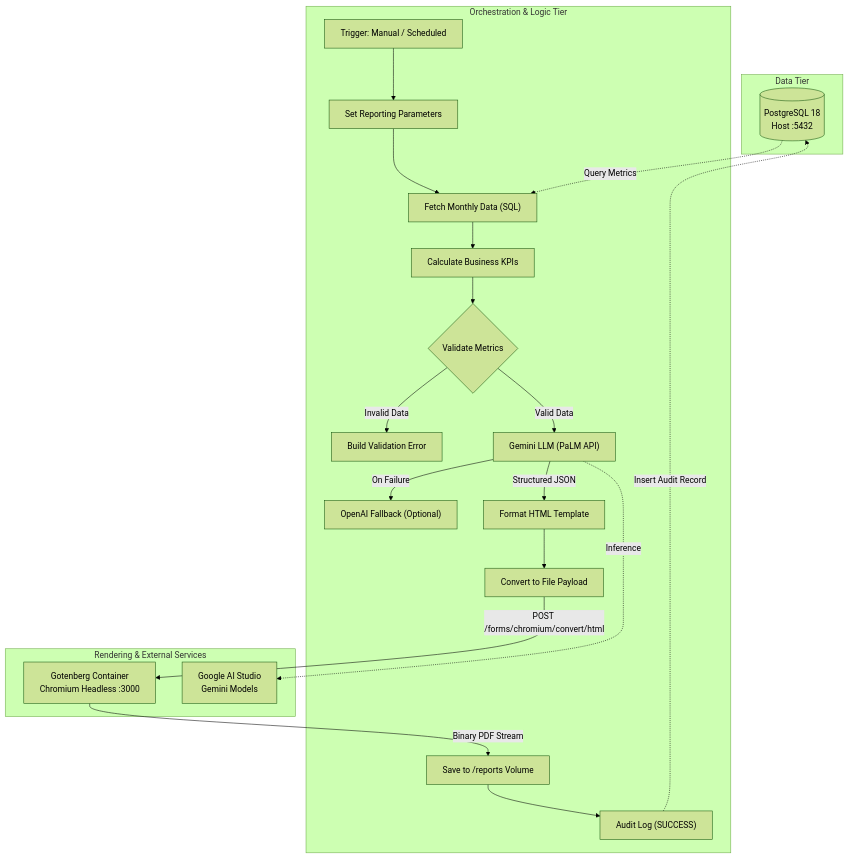
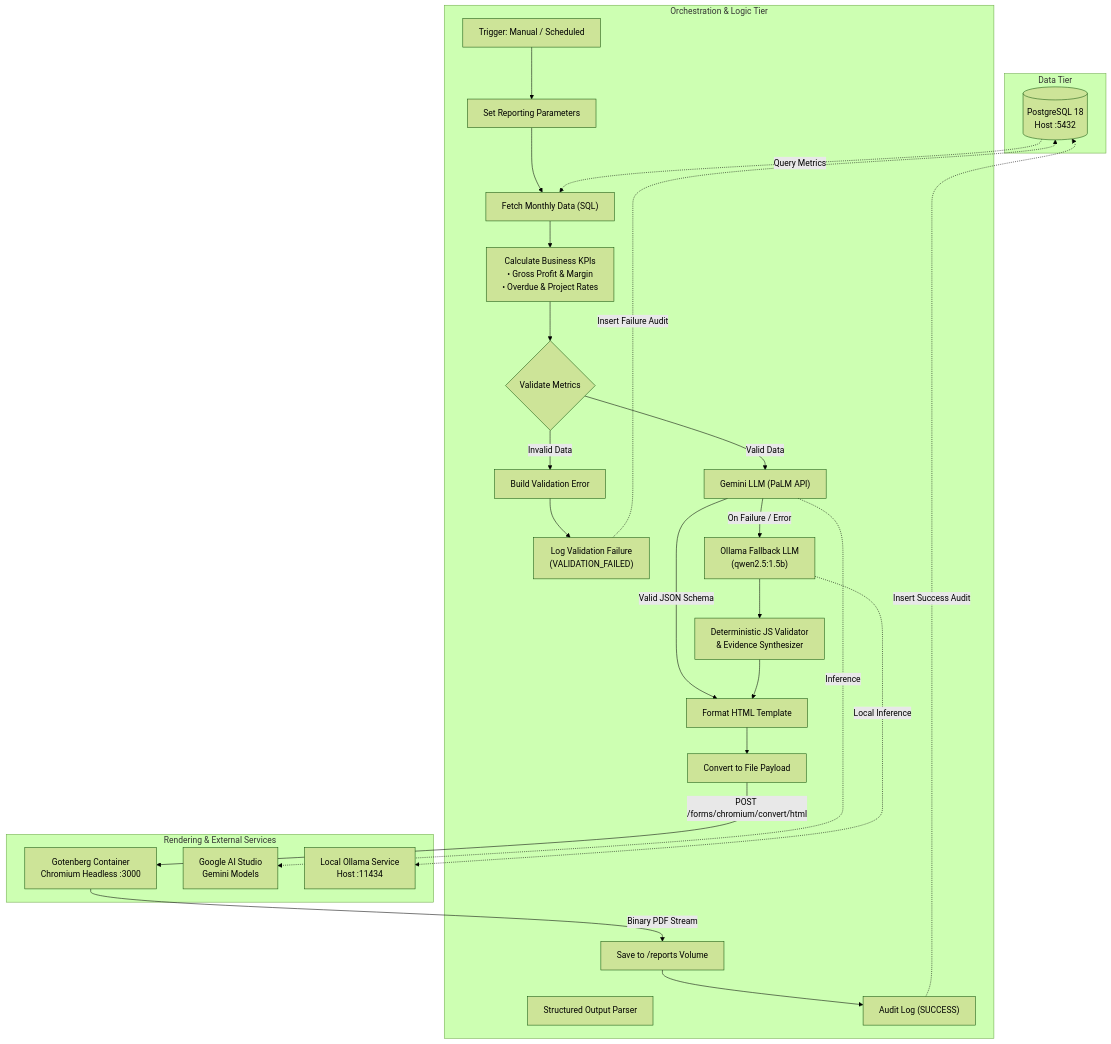
The diagram in docs/architecture.md (rabiimallek/omniflow-ai), drawn with Mermaid (forest theme) before and after one commit. The commit also changed other lines of this file and 6 other files, not shown here.

Commit message:
feat: integrate Ollama local fallback, deterministic validation, and validation failure auditing

````diff
--- a/docs/architecture.md
+++ b/docs/architecture.md
@@ -9,46 +9,59 @@
 ```mermaid
 flowchart TD
     subgraph Data Tier
         DB[("PostgreSQL 18<br/>Host :5432")]
     end
 
     subgraph Orchestration & Logic Tier
         ManualTrigger["Trigger: Manual / Scheduled"]
         SetParams["Set Reporting Parameters"]
         FetchSQL["Fetch Monthly Data (SQL)"]
-        KPIs["Calculate Business KPIs"]
+        KPIs["Calculate Business KPIs<br/>• Gross Profit & Margin<br/>• Overdue & Project Rates"]
         Validate{"Validate Metrics"}
         BuildError["Build Validation Error"]
+        LogValFailure["Log Validation Failure<br/>(VALIDATION_FAILED)"]
+        
         LLM["Gemini LLM (PaLM API)"]
-        LLMFallback["OpenAI Fallback (Optional)"]
+        Parser["Structured Output Parser"]
+        
+        OllamaFallback["Ollama Fallback LLM<br/>(qwen2.5:1.5b)"]
+        DeterministicValidator["Deterministic JS Validator<br/>& Evidence Synthesizer"]
+        
         FormatHTML["Format HTML Template"]
         ConvertFile["Convert to File Payload"]
         SavePDF["Save to /reports Volume"]
         LogSuccess["Audit Log (SUCCESS)"]
     end
 
     subgraph Rendering & External Services
         Gotenberg["Gotenberg Container<br/>Chromium Headless :3000"]
         GeminiCloud["Google AI Studio<br/>Gemini Models"]
+        LocalOllama["Local Ollama Service<br/>Host :11434"]
     end
 
     ManualTrigger --> SetParams
     SetParams --> FetchSQL
     DB -.->|Query Metrics| FetchSQL
     FetchSQL --> KPIs
     KPIs --> Validate
 
     Validate -->|Valid Data| LLM
     Validate -->|Invalid Data| BuildError
+    BuildError --> LogValFailure
+    LogValFailure -.->|Insert Failure Audit| DB
 
     LLM -.->|Inference| GeminiCloud
-    LLM -->|On Failure| LLMFallback
-    LLM -->|Structured JSON| FormatHTML
+    LLM -->|Valid JSON Schema| FormatHTML
+    
+    LLM -->|On Failure / Error| OllamaFallback
+    OllamaFallback -.->|Local Inference| LocalOllama
+    OllamaFallback --> DeterministicValidator
+    DeterministicValidator --> FormatHTML
 
     FormatHTML --> ConvertFile
     ConvertFile -->|POST /forms/chromium/convert/html| Gotenberg
     Gotenberg -->|Binary PDF Stream| SavePDF
 
     SavePDF --> LogSuccess
-    LogSuccess -.->|Insert Audit Record| DB
+    LogSuccess -.->|Insert Success Audit| DB
 ```
````
